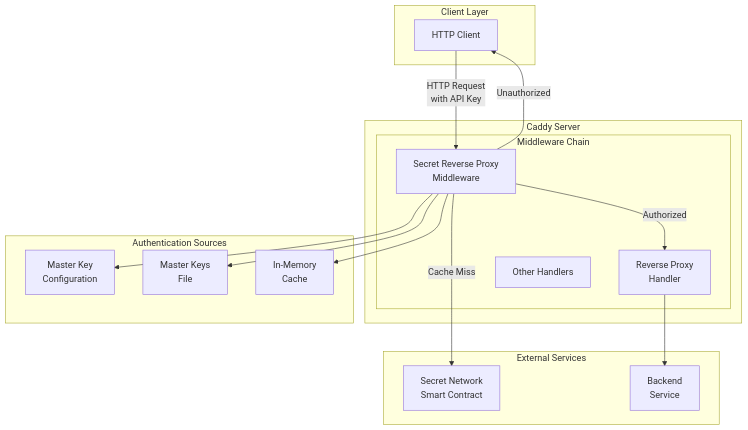
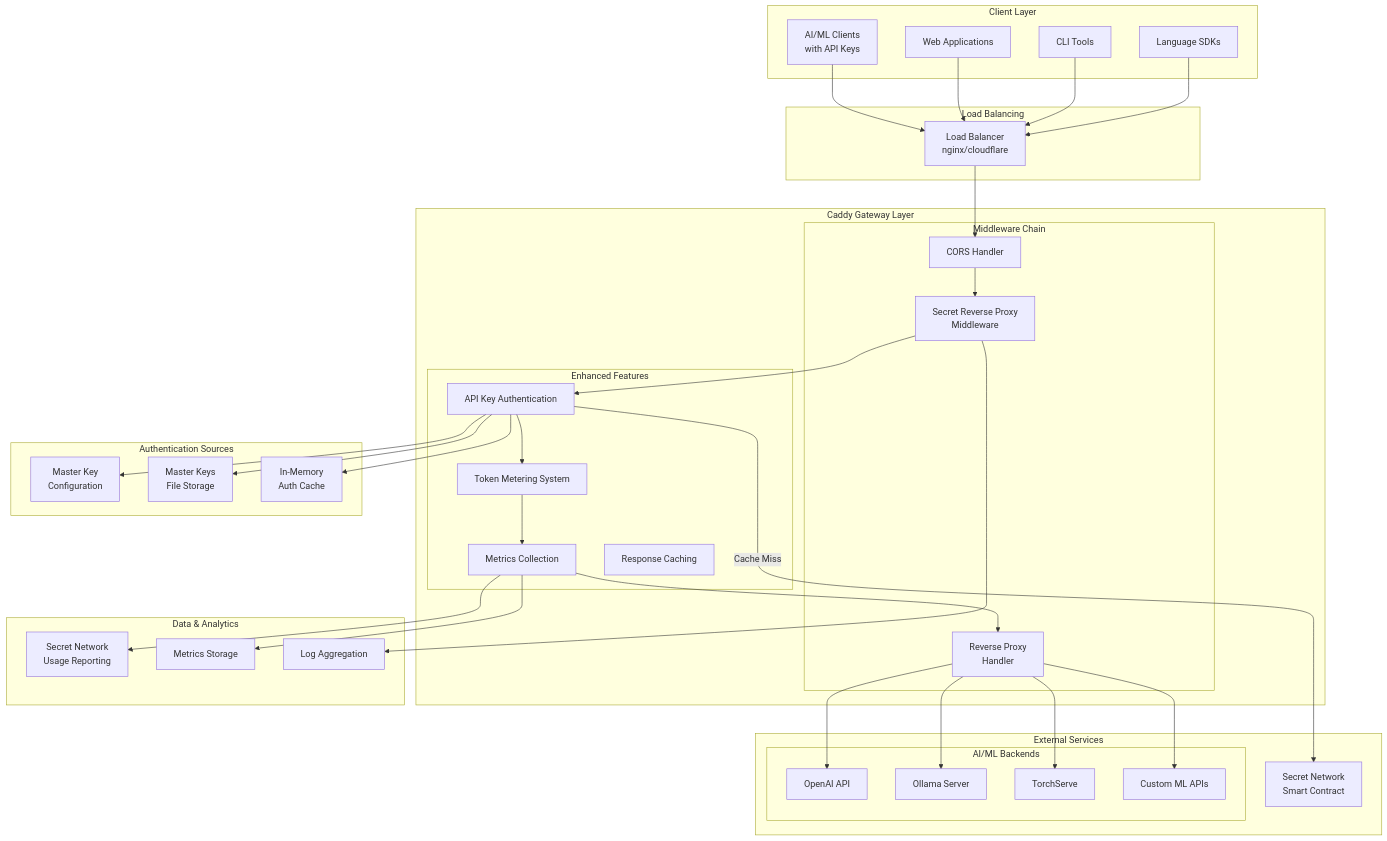
The first of 10 diagrams in ARCHITECTURE.md (scrtlabs/secret-ai-caddy), drawn with Mermaid before and after one commit. The commit also changed other lines of this file and 28 other files, not shown here.

Commit message:
use enhanced token and metrics

````diff
--- a/ARCHITECTURE.md
+++ b/ARCHITECTURE.md
@@ -9,34 +9,77 @@
 ```mermaid
 graph TB
     subgraph "Client Layer"
-        C[HTTP Client]
+        C[AI/ML Clients<br/>with API Keys]
+        WEB[Web Applications]
+        CLI[CLI Tools]
+        SDKs[Language SDKs]
     end
     
-    subgraph "Caddy Server"
+    subgraph "Load Balancing"
+        LB[Load Balancer<br/>nginx/cloudflare]
+    end
+    
+    subgraph "Caddy Gateway Layer"
         subgraph "Middleware Chain"
+            CORS[CORS Handler]
             SRP[Secret Reverse Proxy<br/>Middleware]
             RP[Reverse Proxy<br/>Handler]
-            OH[Other Handlers]
+        end
+        
+        subgraph "Enhanced Features"
+            AUTH[API Key Authentication]
+            METER[Token Metering System]
+            METRICS[Metrics Collection]
+            CACHE[Response Caching]
         end
     end
     
     subgraph "Authentication Sources"
         MK[Master Key<br/>Configuration]
-        MKF[Master Keys<br/>File]
-        Cache[In-Memory<br/>Cache]
+        MKF[Master Keys<br/>File Storage]
+        CACHE_AUTH[In-Memory<br/>Auth Cache]
     end
     
     subgraph "External Services"
         SC[Secret Network<br/>Smart Contract]
-        Backend[Backend<br/>Service]
+        
+        subgraph "AI/ML Backends"
+            OPENAI[OpenAI API]
+            OLLAMA[Ollama Server]
+            TORCH[TorchServe]
+            CUSTOM[Custom ML APIs]
+        end
     end
     
-    C -->|HTTP Request<br/>with API Key| SRP
-    SRP --> MK
-    SRP --> MKF
-    SRP --> Cache
-    SRP -->|Cache Miss| SC
-    SRP -->|Authorized| RP
-    RP --> Backend
-    SRP -->|Unauthorized| C
+    subgraph "Data & Analytics"
+        BLOCKCHAIN[Secret Network<br/>Usage Reporting]
+        METRICS_DB[Metrics Storage]
+        LOG_STORE[Log Aggregation]
+    end
+    
+    C --> LB
+    WEB --> LB
+    CLI --> LB
+    SDKs --> LB
+    
+    LB --> CORS
+    CORS --> SRP
+    SRP --> AUTH
+    AUTH --> METER
+    METER --> METRICS
+    METRICS --> RP
+    
+    AUTH --> MK
+    AUTH --> MKF
+    AUTH --> CACHE_AUTH
+    AUTH -->|Cache Miss| SC
+    
+    RP --> OPENAI
+    RP --> OLLAMA
+    RP --> TORCH
+    RP --> CUSTOM
+    
+    METRICS --> BLOCKCHAIN
+    METRICS --> METRICS_DB
+    SRP --> LOG_STORE
 ```
````
